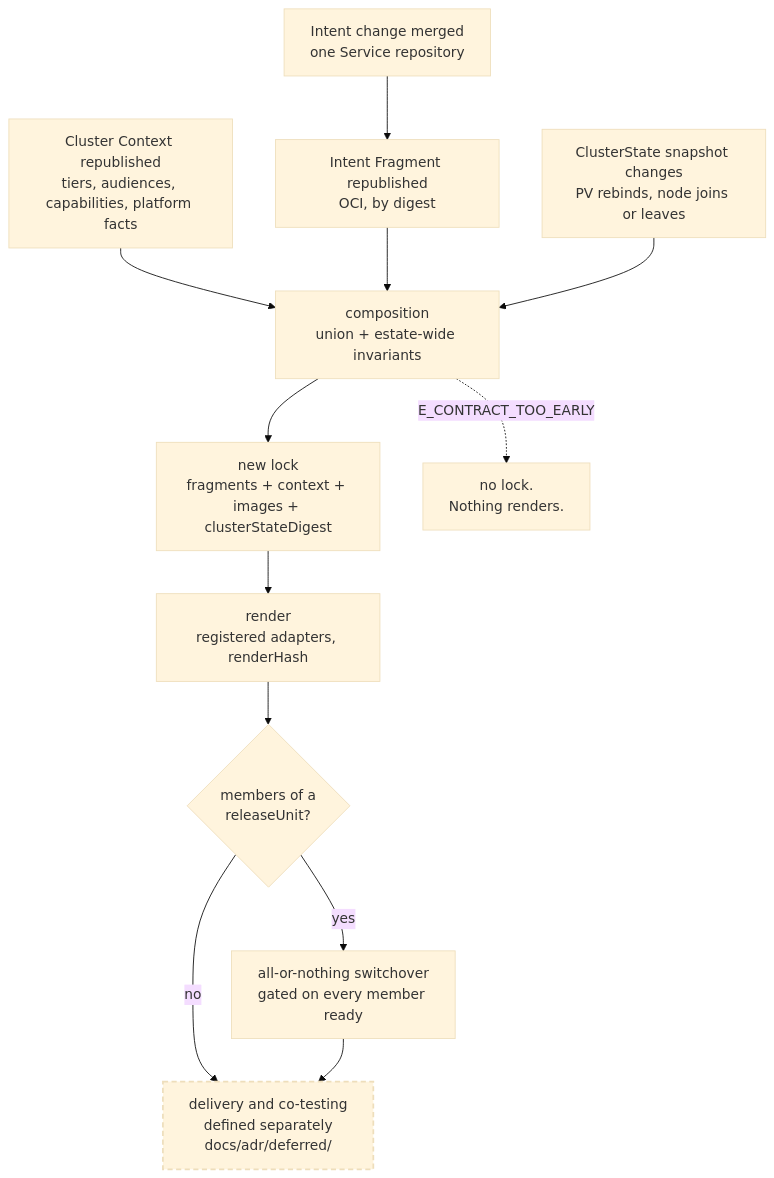
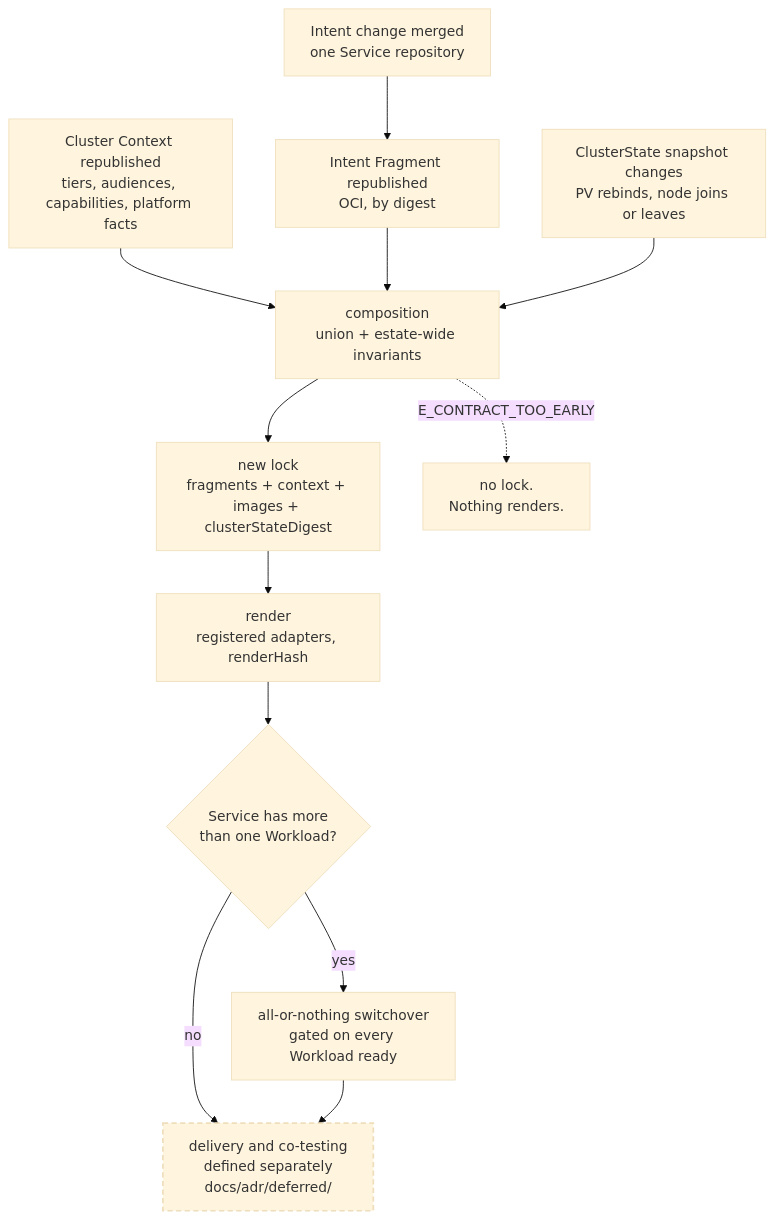
The second of 2 diagrams in spec/v1/50-lifecycle.md (JorisJonkers-dev/deploy-kit), drawn with Mermaid (base theme) before and after one commit. The commit also changed other lines of this file and 43 other files, not shown here.

````diff
--- a/spec/v1/50-lifecycle.md
+++ b/spec/v1/50-lifecycle.md
@@ -233,15 +237,15 @@
 ```mermaid
 flowchart TB
     I["Intent change merged<br/>one Service repository"] --> F["Intent Fragment republished<br/>OCI, by digest"]
     X["Cluster Context republished<br/>tiers, audiences, capabilities, platform facts"] --> C
     F --> C["composition<br/>union + estate-wide invariants"]
     S["ClusterState snapshot changes<br/>PV rebinds, node joins or leaves"] --> C
     C --> L["new lock<br/>fragments + context + images + clusterStateDigest"]
     L --> R["render<br/>registered adapters, renderHash"]
-    R --> G{"members of a<br/>releaseUnit?"}
+    R --> G{"Service has more<br/>than one Workload?"}
     G -->|"no"| D["delivery and co-testing<br/>defined separately<br/>docs/adr/deferred/"]
-    G -->|"yes"| U["all-or-nothing switchover<br/>gated on every member ready"]
+    G -->|"yes"| U["all-or-nothing switchover<br/>gated on every Workload ready"]
     U --> D
     C -.->|"E_CONTRACT_TOO_EARLY"| B["no lock.<br/>Nothing renders."]
     style D stroke-width:2px,stroke-dasharray:6 4;
 ```
````
